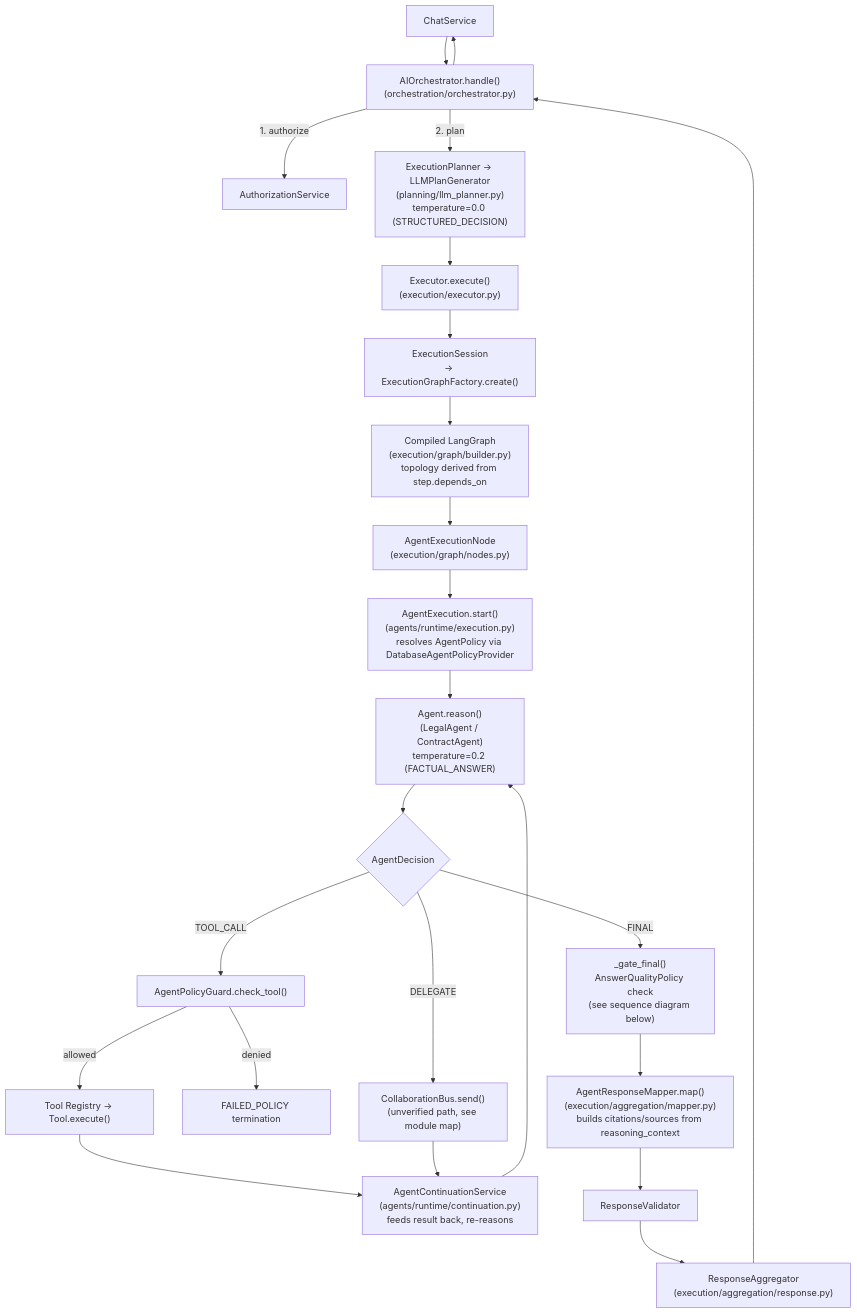
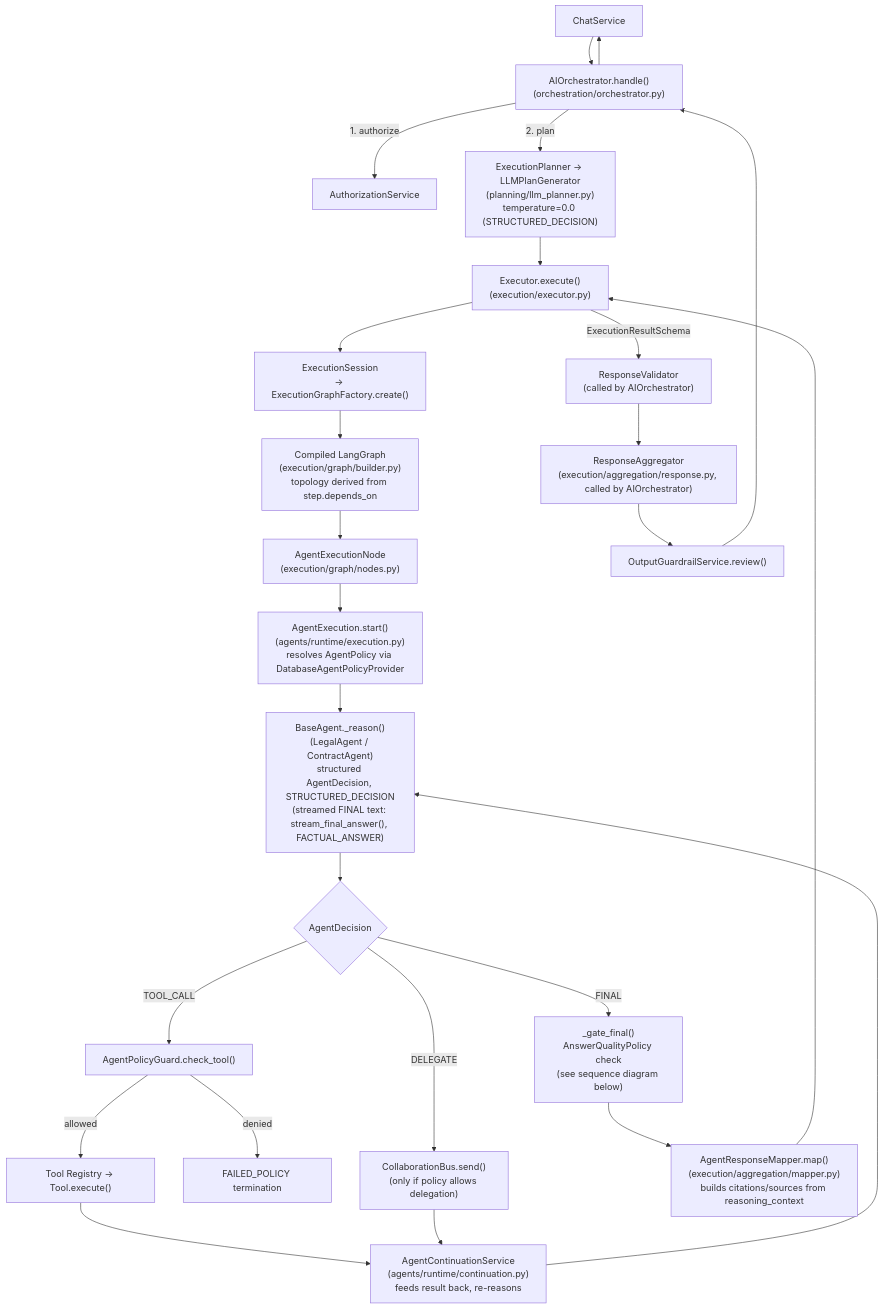
One commit to bharatkse/juris-ai changed the first of 3 diagrams in server/src/agentic/README.md. Above: the diagram before and after it, drawn with Mermaid. The commit also changed other lines of this file and 22 other files, not shown here.

Commit message:
docs: refresh architecture docs and add per-component guides (#58)

````diff
--- a/server/src/agentic/README.md
+++ b/server/src/agentic/README.md
@@ -33,26 +35,28 @@
 ```mermaid
 flowchart TD
     REQ[ChatService] --> ORCH["AIOrchestrator.handle()<br/>(orchestration/orchestrator.py)"]
     ORCH -->|1. authorize| AUTH[AuthorizationService]
     ORCH -->|2. plan| PLAN["ExecutionPlanner -> LLMPlanGenerator<br/>(planning/llm_planner.py)<br/>temperature=0.0 (STRUCTURED_DECISION)"]
     PLAN --> EXECUTOR["Executor.execute()<br/>(execution/executor.py)"]
     EXECUTOR --> SESSION["ExecutionSession<br/>-> ExecutionGraphFactory.create()"]
     SESSION --> GRAPH["Compiled LangGraph<br/>(execution/graph/builder.py)<br/>topology derived from step.depends_on"]
     GRAPH --> NODE["AgentExecutionNode<br/>(execution/graph/nodes.py)"]
     NODE --> AEXEC["AgentExecution.start()<br/>(agents/runtime/execution.py)<br/>resolves AgentPolicy via DatabaseAgentPolicyProvider"]
-    AEXEC --> AGENT["Agent.reason()<br/>(LegalAgent / ContractAgent)<br/>temperature=0.2 (FACTUAL_ANSWER)"]
+    AEXEC --> AGENT["BaseAgent._reason()<br/>(LegalAgent / ContractAgent)<br/>structured AgentDecision, STRUCTURED_DECISION<br/>(streamed FINAL text: stream_final_answer(), FACTUAL_ANSWER)"]
     AGENT --> DECISION{AgentDecision}
     DECISION -->|TOOL_CALL| GUARD["AgentPolicyGuard.check_tool()"]
     GUARD -->|allowed| TOOLREG["Tool Registry -> Tool.execute()"]
     GUARD -->|denied| FAILPOLICY[FAILED_POLICY termination]
     TOOLREG --> CONT["AgentContinuationService<br/>(agents/runtime/continuation.py)<br/>feeds result back, re-reasons"]
     CONT --> AGENT
-    DECISION -->|DELEGATE| BUS["CollaborationBus.send()<br/>(unverified path, see module map)"]
+    DECISION -->|DELEGATE| BUS["CollaborationBus.send()<br/>(only if policy allows delegation)"]
     BUS --> CONT
     DECISION -->|FINAL| GATE["_gate_final()<br/>AnswerQualityPolicy check<br/>(see sequence diagram below)"]
     GATE --> MAPPER["AgentResponseMapper.map()<br/>(execution/aggregation/mapper.py)<br/>builds citations/sources from reasoning_context"]
-    MAPPER --> VALIDATOR[ResponseValidator]
-    VALIDATOR --> AGG["ResponseAggregator<br/>(execution/aggregation/response.py)"]
-    AGG --> ORCH
+    MAPPER --> EXECUTOR
+    EXECUTOR -->|ExecutionResultSchema| VALIDATOR["ResponseValidator<br/>(called by AIOrchestrator)"]
+    VALIDATOR --> AGG["ResponseAggregator<br/>(execution/aggregation/response.py, called by AIOrchestrator)"]
+    AGG --> GR["OutputGuardrailService.review()"]
+    GR --> ORCH
     ORCH --> REQ
 ```
````
